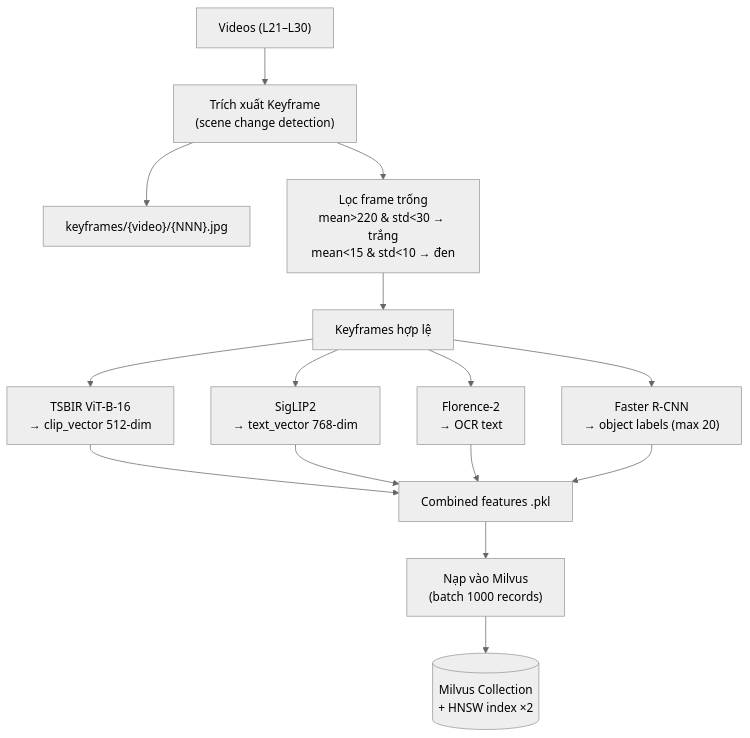
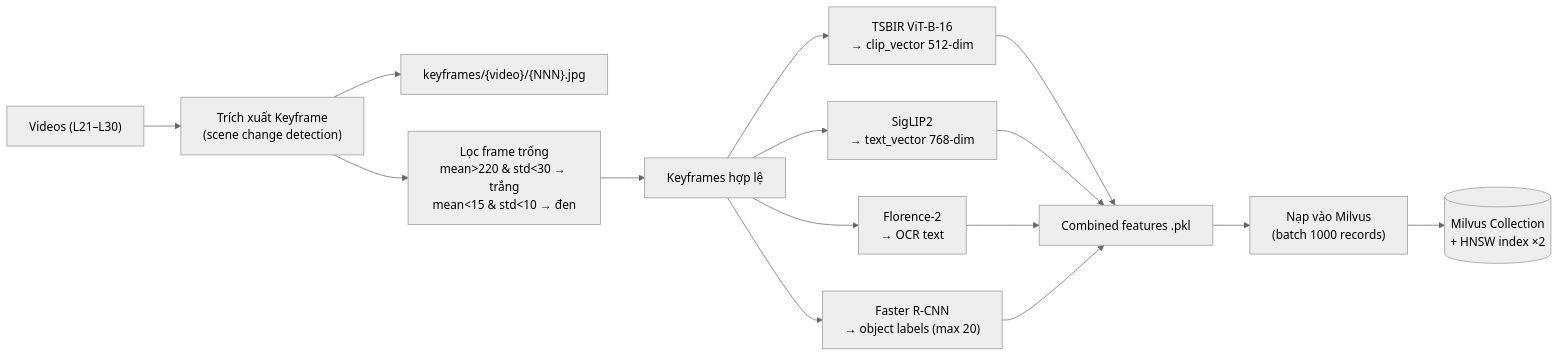
Before and after one commit to danganhdat/multimodal-rag: the second of 4 diagrams in docs/architecture-detail.md, drawn with Mermaid (neutral theme). The commit also changed other lines of this file and 147 other files, not shown here.

````diff
--- a/docs/architecture-detail.md
+++ b/docs/architecture-detail.md
@@ -111,14 +111,14 @@
 ```mermaid
-graph TD
+graph LR
     Videos["Videos (L21–L30)"] --> KFExtract["Trích xuất Keyframe\n(scene change detection)"]
     KFExtract --> JPGs["keyframes/{video}/{NNN}.jpg"]
     KFExtract --> Filter["Lọc frame trống\nmean>220 & std<30 → trắng\nmean<15 & std<10 → đen"]
     Filter --> Valid["Keyframes hợp lệ"]
     Valid --> TSBIR_E["TSBIR ViT-B-16\n→ clip_vector 512-dim"]
     Valid --> SigLIP2_E["SigLIP2\n→ text_vector 768-dim"]
     Valid --> Florence["Florence-2\n→ OCR text"]
     Valid --> FRCNN["Faster R-CNN\n→ object labels (max 20)"]
     TSBIR_E & SigLIP2_E & Florence & FRCNN --> Pickle["Combined features .pkl"]
     Pickle --> Ingest["Nạp vào Milvus\n(batch 1000 records)"]
     Ingest --> Collection[("Milvus Collection\n+ HNSW index ×2")]
 ```
````
